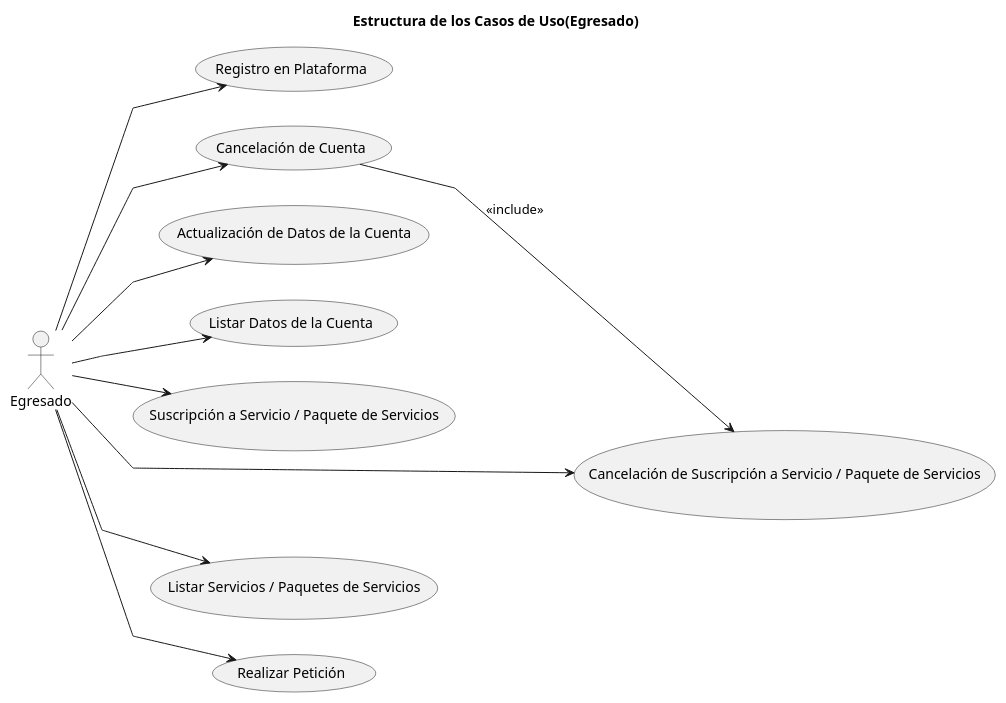
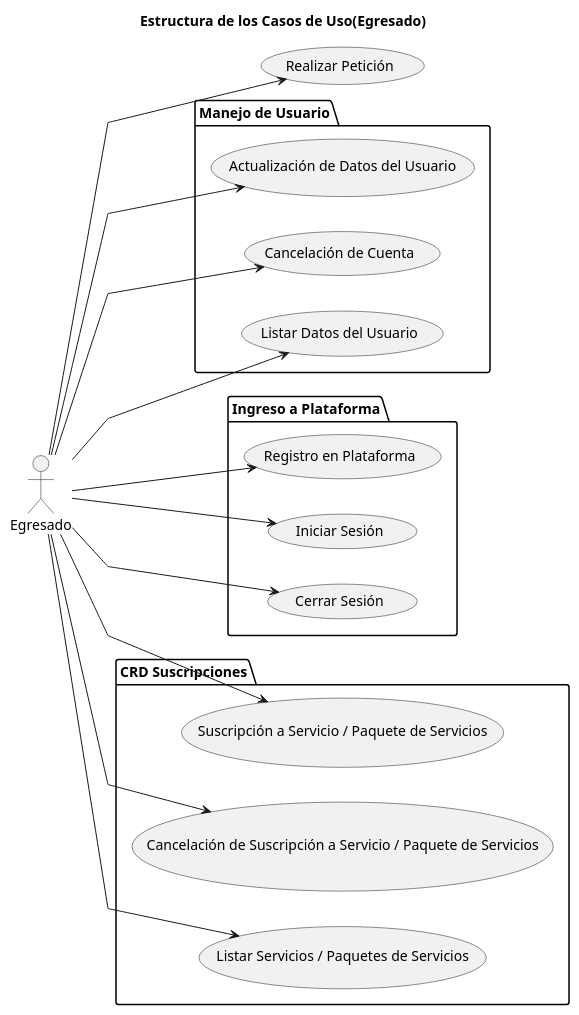
One commit to mmasias/23-24-IdSw1-SDR changed the diagram in Caso_de_Uso/Estructura/Egresado/Estructura.puml. Above: the diagram before and after it, drawn with PlantUML. The commit also changed 5 other files, not shown here.

```diff
--- a/Caso_de_Uso/Estructura/Egresado/Estructura.puml
+++ b/Caso_de_Uso/Estructura/Egresado/Estructura.puml
@@ -1,26 +1,35 @@
 @startuml Estructura
 
 title Estructura de los Casos de Uso(Egresado)
 
 skinparam {
     NoteBackgroundColor #whiteSmoke
     NoteBorderColor #green
     linetype polyline
 }
 
 left to right direction
 
 actor Egresado
 
-Egresado --> (Registro en Plataforma)
-Egresado --> (Cancelación de Cuenta)
-Egresado --> (Actualización de Datos de la Cuenta)
-Egresado --> (Listar Datos de la Cuenta)
-Egresado --> (Suscripción a Servicio / Paquete de Servicios)
-Egresado --> (Cancelación de Suscripción a Servicio / Paquete de Servicios)
-Egresado --> (Listar Servicios / Paquetes de Servicios)
+folder "Manejo de Usuario" as cuentas {
+    Egresado --> (Actualización de Datos del Usuario)
+    Egresado --> (Cancelación de Cuenta)
+    Egresado --> (Listar Datos del Usuario)
+}
+
+folder "Ingreso a Plataforma" as ingreso {
+    Egresado --> (Registro en Plataforma)
+    Egresado --> (Iniciar Sesión)
+    Egresado --> (Cerrar Sesión)
+}
+
+folder "CRD Suscripciones" as CRDSuscripciones {
+    Egresado --> (Suscripción a Servicio / Paquete de Servicios)
+    Egresado --> (Cancelación de Suscripción a Servicio / Paquete de Servicios)
+    Egresado --> (Listar Servicios / Paquetes de Servicios)
+}
+
 Egresado --> (Realizar Petición)
 
-(Cancelación de Cuenta) --> (Cancelación de Suscripción a Servicio / Paquete de Servicios) : <<include>>
-
 @enduml
```
